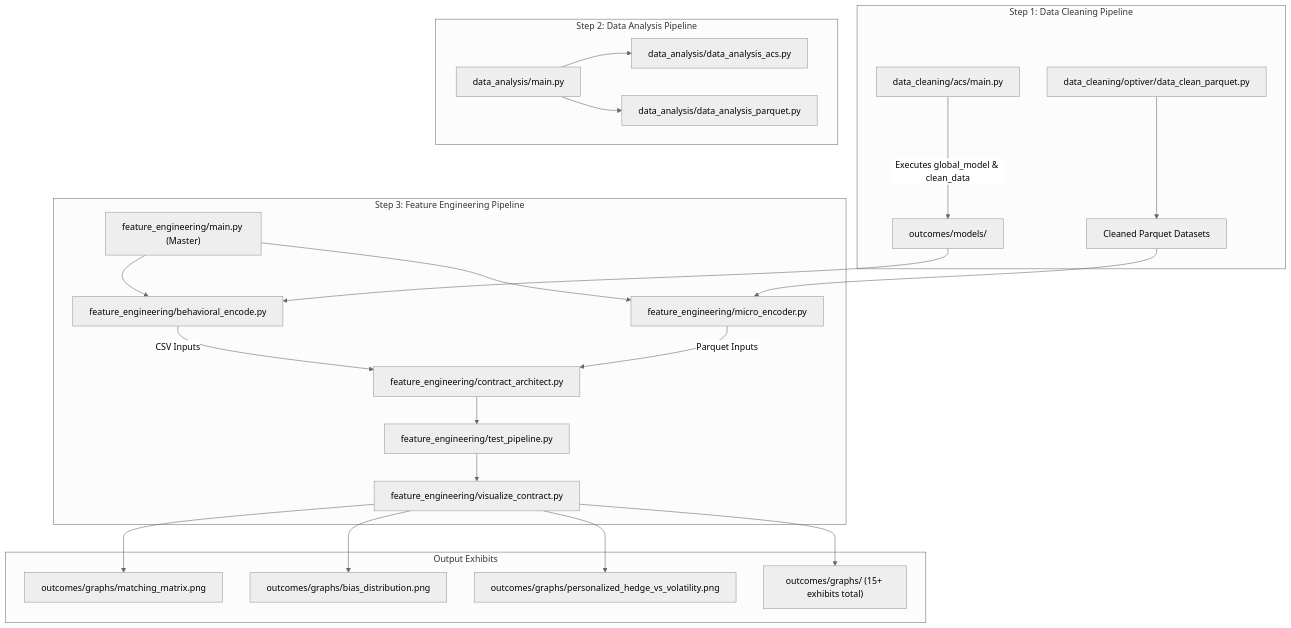
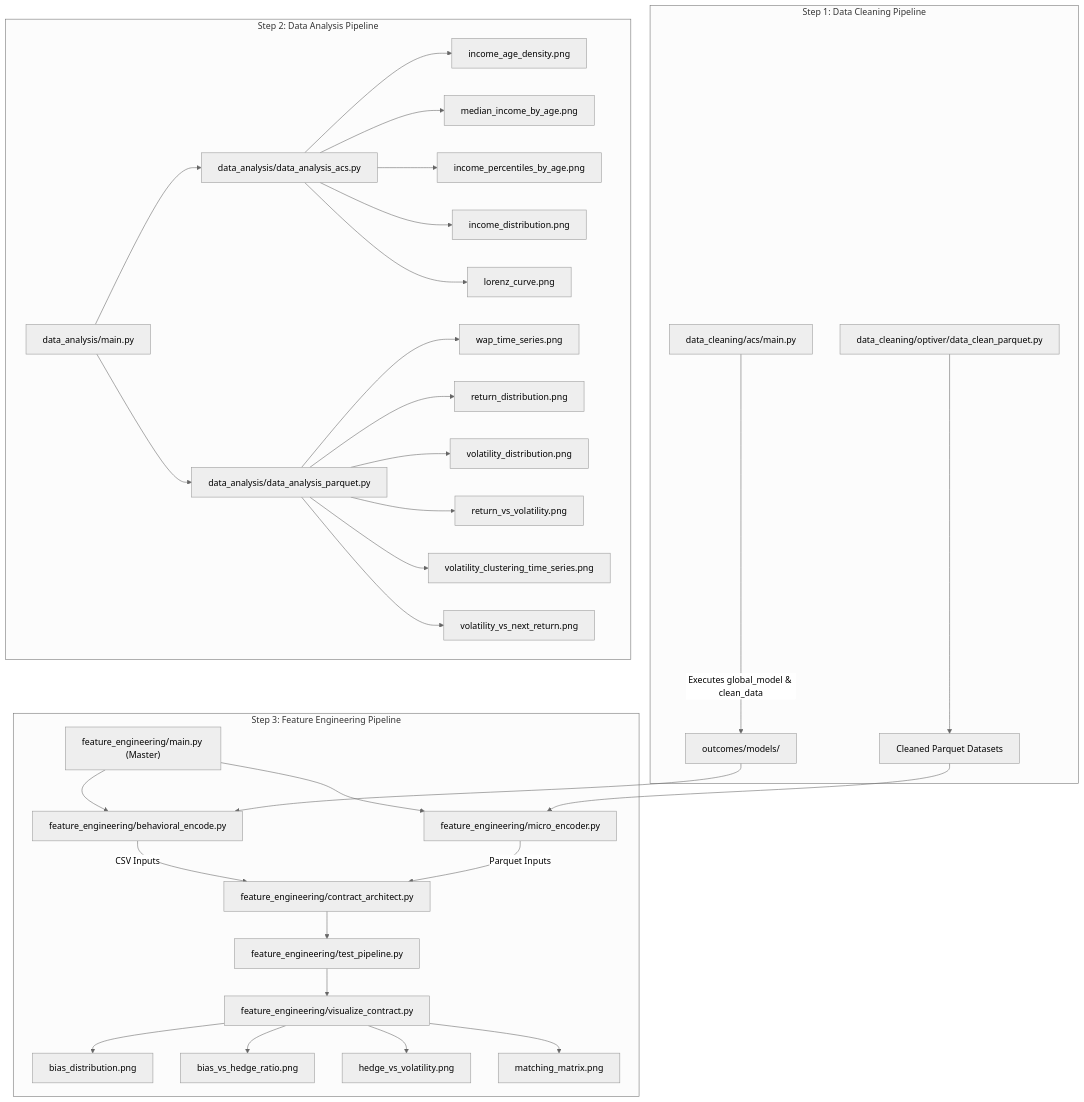
The first of 2 diagrams in README.md (pikum06/behavioral-microstructure-matching-engine), drawn with Mermaid (neutral theme) before and after one commit.

Commit message:
Update README with analysis graphs
Added graphs for ACS and Parquet analysis in the README.

````diff
--- a/README.md
+++ b/README.md
@@ -122,38 +122,51 @@
 ```mermaid
 graph TD
     %% Step 1: Data Cleaning Pipeline
     subgraph Step1 ["Step 1: Data Cleaning Pipeline"]
         DC1["data_cleaning/acs/main.py"] -->|"Executes global_model & clean_data"| DC_MOD["outcomes/models/"]
         DC2["data_cleaning/optiver/data_clean_parquet.py"] --> DC_PAR["Cleaned Parquet Datasets"]
     end
 
     %% Step 2: Data Analysis Pipeline
     subgraph Step2 ["Step 2: Data Analysis Pipeline"]
         DA_MAIN["data_analysis/main.py"] --> DA1["data_analysis/data_analysis_acs.py"]
         DA_MAIN --> DA2["data_analysis/data_analysis_parquet.py"]
+        
+        %% ACS Analysis Graphs
+        DA1 --> DA_ACS1["income_age_density.png"]
+        DA1 --> DA_ACS2["median_income_by_age.png"]
+        DA1 --> DA_ACS3["income_percentiles_by_age.png"]
+        DA1 --> DA_ACS4["income_distribution.png"]
+        DA1 --> DA_ACS5["lorenz_curve.png"]
+
+        %% Parquet Analysis Graphs
+        DA2 --> DA_PAR1["wap_time_series.png"]
+        DA2 --> DA_PAR2["return_distribution.png"]
+        DA2 --> DA_PAR3["volatility_distribution.png"]
+        DA2 --> DA_PAR4["return_vs_volatility.png"]
+        DA2 --> DA_PAR5["volatility_clustering_time_series.png"]
+        DA2 --> DA_PAR6["volatility_vs_next_return.png"]
     end
 
     %% Step 3: Feature Engineering Pipeline
     subgraph Step3 ["Step 3: Feature Engineering Pipeline"]
         FE_MAIN["feature_engineering/main.py (Master)"] --> FE_BE["feature_engineering/behavioral_encode.py"]
         FE_MAIN --> FE_ME["feature_engineering/micro_encoder.py"]
         
         FE_BE -->|"CSV Inputs"| FE_CA["feature_engineering/contract_architect.py"]
         FE_ME -->|"Parquet Inputs"| FE_CA
         
         FE_CA --> FE_TP["feature_engineering/test_pipeline.py"]
         FE_TP --> FE_VC["feature_engineering/visualize_contract.py"]
+
+        %% Contract Visualization Graphs
+        FE_VC --> FE_G1["bias_distribution.png"]
+        FE_VC --> FE_G2["bias_vs_hedge_ratio.png"]
+        FE_VC --> FE_G3["hedge_vs_volatility.png"]
+        FE_VC --> FE_G4["matching_matrix.png"]
     end
 
     %% Data Flow Dependencies
     DC_MOD --> FE_BE
     DC_PAR --> FE_ME
-
-    %% Final Output Graphs
-    subgraph Outputs ["Output Exhibits"]
-        FE_VC --> G1["outcomes/graphs/matching_matrix.png"]
-        FE_VC --> G2["outcomes/graphs/bias_distribution.png"]
-        FE_VC --> G3["outcomes/graphs/personalized_hedge_vs_volatility.png"]
-        FE_VC --> G4["outcomes/graphs/ (15+ exhibits total)"]
-    end
 ```
````
